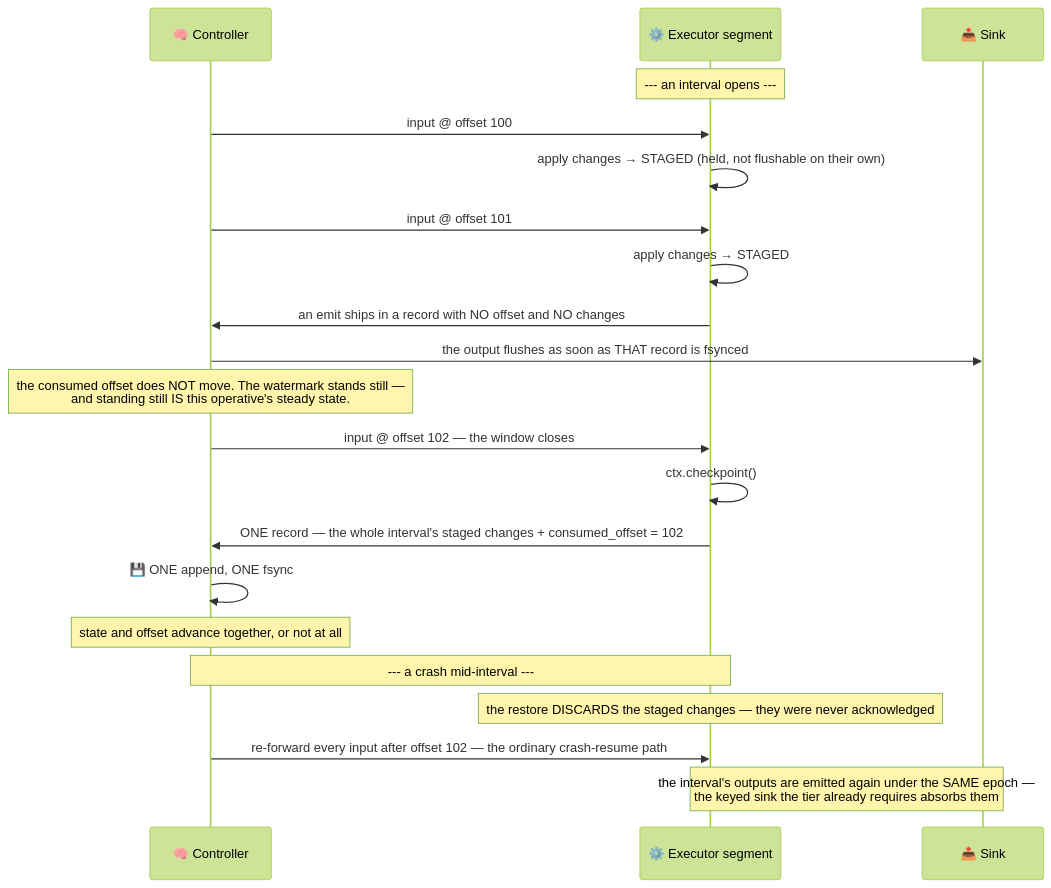
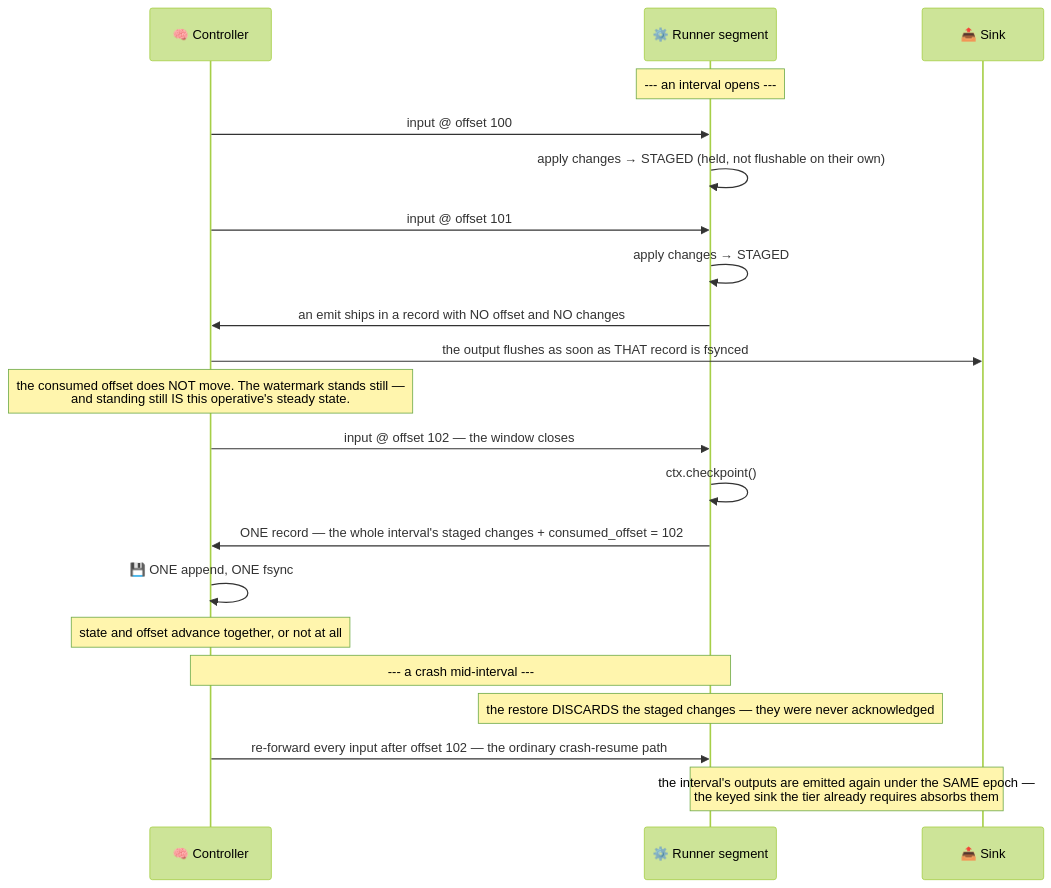
One commit to Flezha/flezha changed the fourth of 5 diagrams in docs/architecture/unbounded_profile.md. Above: the diagram before and after it, drawn with Mermaid (forest theme). The commit also changed other lines of this file and 535 other files, not shown here.

````diff
--- a/docs/architecture/unbounded_profile.md
+++ b/docs/architecture/unbounded_profile.md
@@ -156,26 +156,26 @@
 ```mermaid
 sequenceDiagram
     participant CTRL as 🧠 Controller
-    participant EX as ⚙️ Executor segment
+    participant EX as ⚙️ Runner segment
     participant SINK as 📤 Sink
 
     Note over EX: --- an interval opens ---
     CTRL->>EX: input @ offset 100
     EX->>EX: apply changes → STAGED (held, not flushable on their own)
     CTRL->>EX: input @ offset 101
     EX->>EX: apply changes → STAGED
     EX->>CTRL: an emit ships in a record with NO offset and NO changes
     CTRL->>SINK: the output flushes as soon as THAT record is fsynced
     Note over CTRL: the consumed offset does NOT move. The watermark stands still —<br/>and standing still IS this operative's steady state.
 
     CTRL->>EX: input @ offset 102 — the window closes
     EX->>EX: ctx.checkpoint()
     EX->>CTRL: ONE record — the whole interval's staged changes + consumed_offset = 102
     CTRL->>CTRL: 💾 ONE append, ONE fsync
     Note over CTRL: state and offset advance together, or not at all
 
     Note over EX,CTRL: --- a crash mid-interval ---
     Note over EX: the restore DISCARDS the staged changes — they were never acknowledged
     CTRL->>EX: re-forward every input after offset 102 — the ordinary crash-resume path
     Note over EX,SINK: the interval's outputs are emitted again under the SAME epoch —<br/>the keyed sink the tier already requires absorbs them
 ```
````
